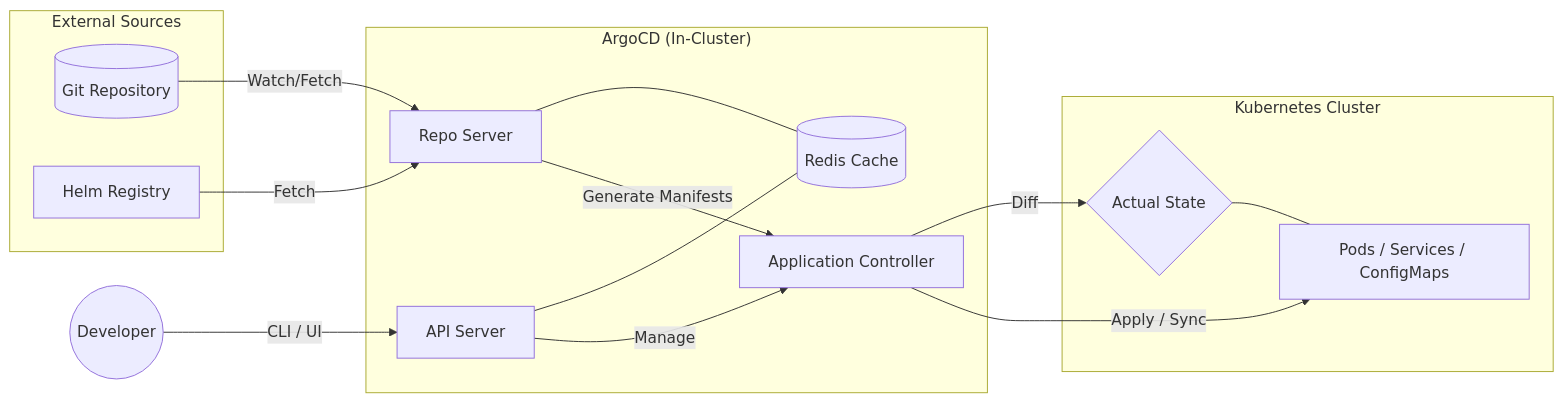
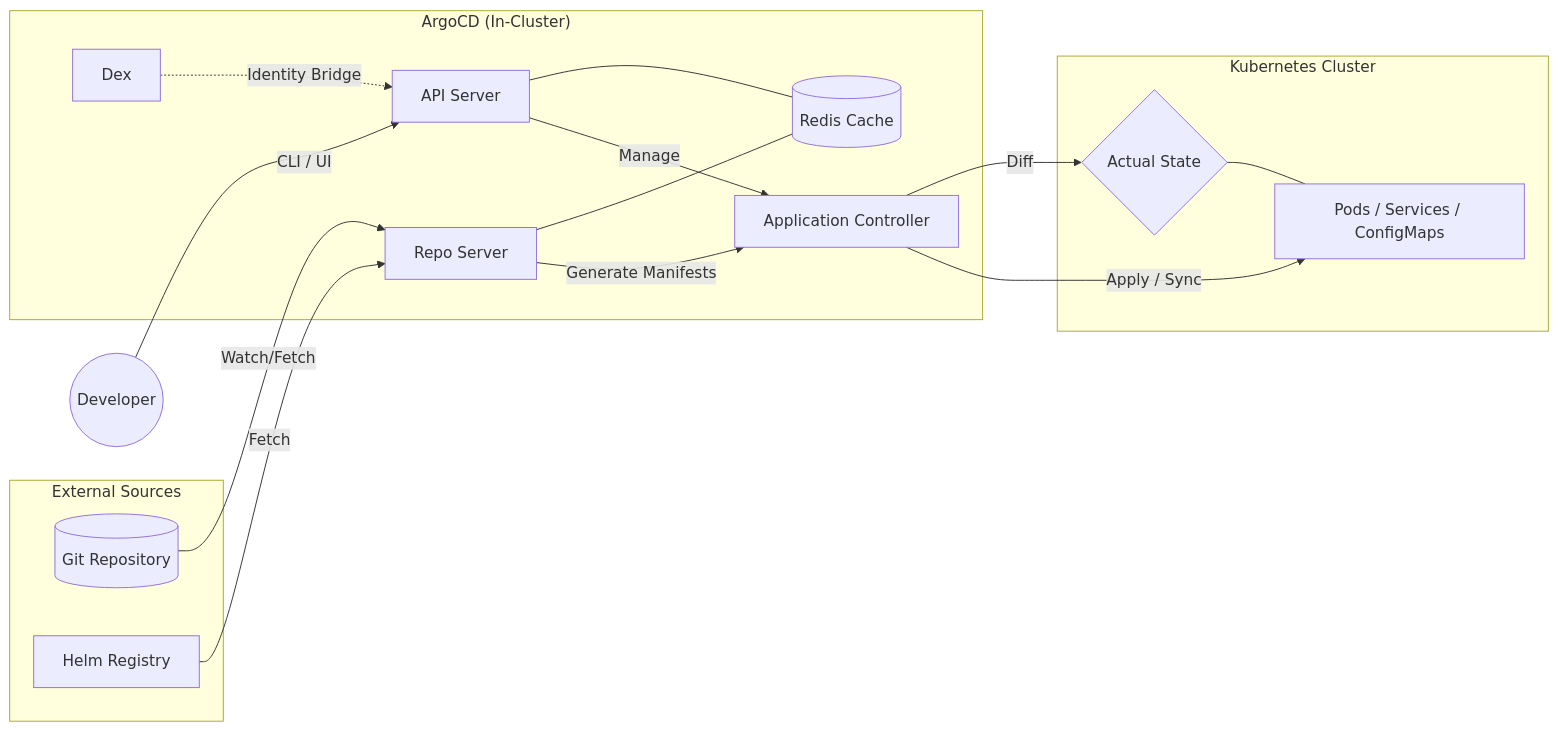
One commit to raghvendrashrinet/GitOps changed the first of 3 diagrams in argocd/README.md. Above: the diagram before and after it, drawn with Mermaid. The commit also changed other lines of this file, not shown here.

````diff
--- a/argocd/README.md
+++ b/argocd/README.md
@@ -4,34 +4,35 @@
 ```mermaid
 graph LR
     subgraph "External Sources"
         Git[(Git Repository)]
         Helm[Helm Registry]
     end
 
     subgraph "ArgoCD (In-Cluster)"
         API[API Server]
         Repo[Repo Server]
         Controller[Application Controller]
         Redis[(Redis Cache)]
         
         API --- Redis
         Repo --- Redis
+        Dex -.->|Identity Bridge| API
     end
 
     subgraph "Kubernetes Cluster"
         LiveState{Actual State}
         Resources[Pods / Services / ConfigMaps]
     end
 
     %% Interactions
     Git -->|Watch/Fetch| Repo
     Helm -->|Fetch| Repo
     Repo -->|Generate Manifests| Controller
     Controller -->|Diff| LiveState
     LiveState --- Resources
     Controller -->|Apply / Sync| Resources
     
     %% User Access
     User((Developer)) -->|CLI / UI| API
     API -->|Manage| Controller
 ```
````
